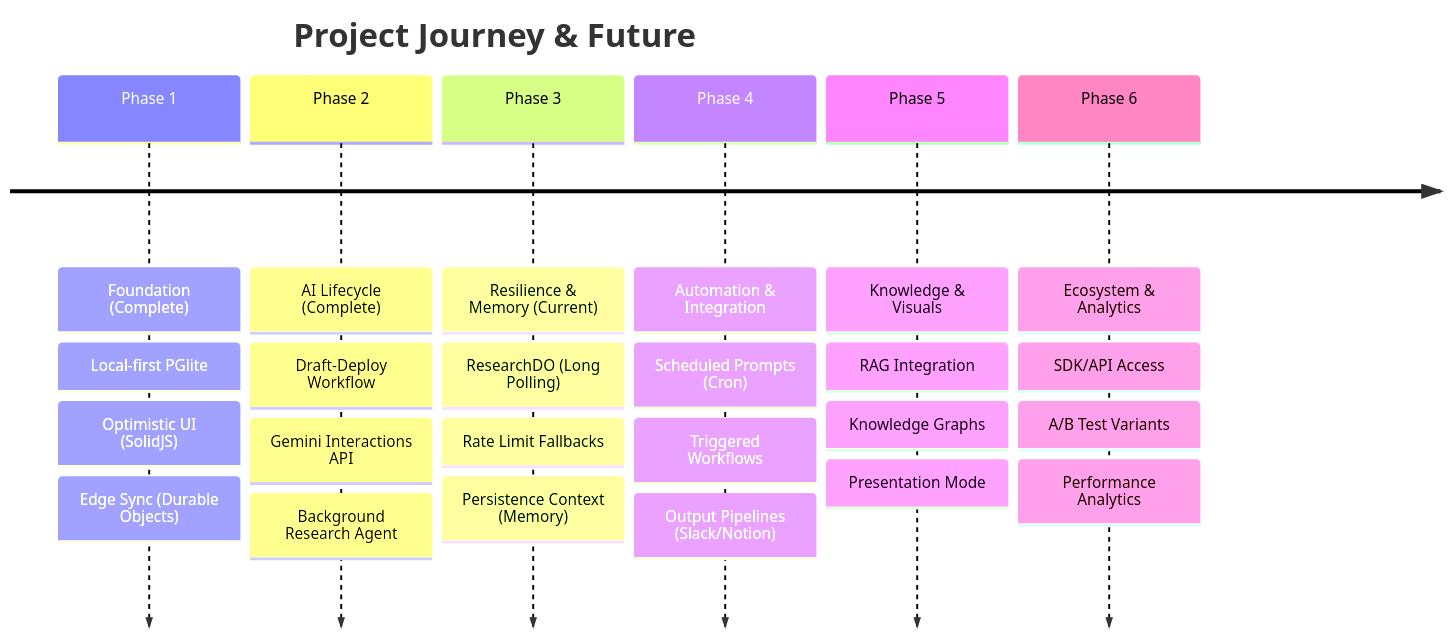
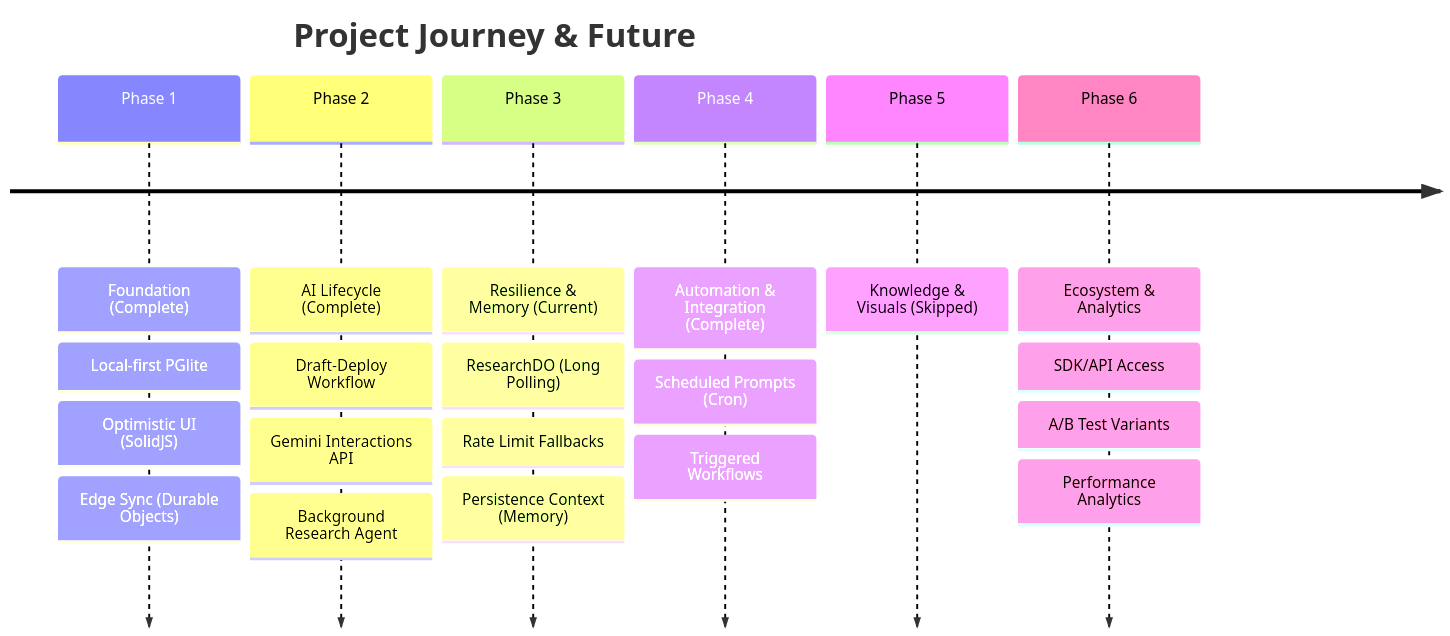
One commit to criticalinsight/trello-local-sync changed the diagram in ROADMAP.md. Above: the diagram before and after it, drawn with Mermaid. The commit also changed other lines of this file, not shown here.

````diff
--- a/ROADMAP.md
+++ b/ROADMAP.md
@@ -7,22 +7,19 @@
 ```mermaid
 timeline
     title Project Journey & Future
     Phase 1 : Foundation (Complete) : Local-first PGlite
             : Optimistic UI (SolidJS)
             : Edge Sync (Durable Objects)
     Phase 2 : AI Lifecycle (Complete) : Draft-Deploy Workflow
             : Gemini Interactions API
             : Background Research Agent
     Phase 3 : Resilience & Memory (Current) : ResearchDO (Long Polling)
             : Rate Limit Fallbacks
             : Persistence Context (Memory)
-    Phase 4 : Automation & Integration : Scheduled Prompts (Cron)
+    Phase 4 : Automation & Integration (Complete) : Scheduled Prompts (Cron)
             : Triggered Workflows
-            : Output Pipelines (Slack/Notion)
-    Phase 5 : Knowledge & Visuals : RAG Integration
-            : Knowledge Graphs
-            : Presentation Mode
+    Phase 5 : Knowledge & Visuals (Skipped)
     Phase 6 : Ecosystem & Analytics : SDK/API Access
             : A/B Test Variants
             : Performance Analytics
 ```
````
